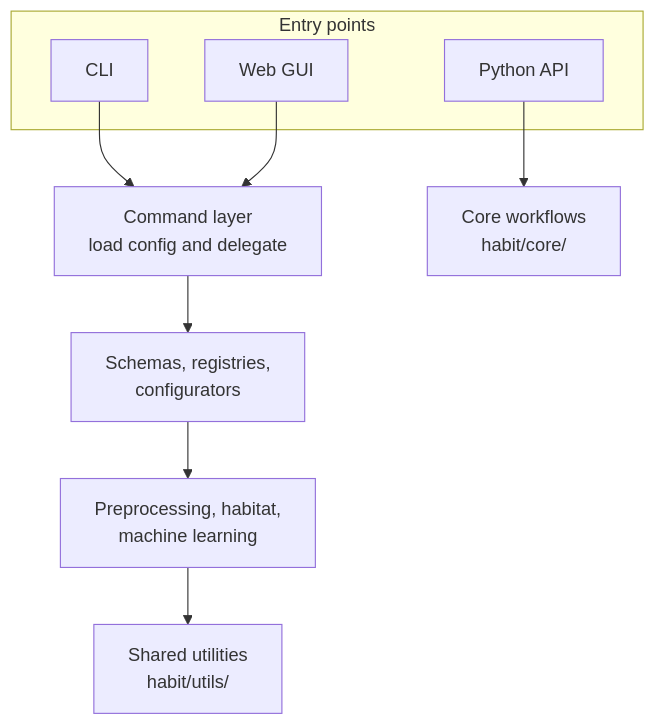
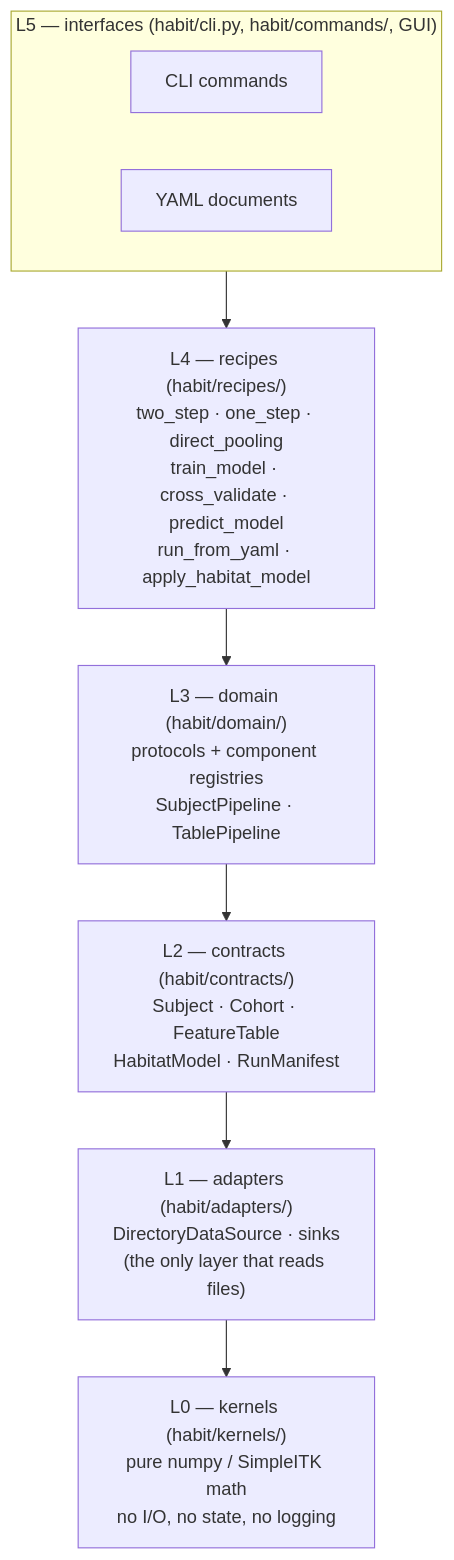
The first of 3 diagrams in docs/source/development/architecture.rst (lichao312214129/HABIT), drawn with Mermaid before and after one commit. The commit also changed other lines of this file and 13 other files, not shown here.

```diff
--- a/docs/source/development/architecture.rst
+++ b/docs/source/development/architecture.rst
@@ -25,19 +29,18 @@
 .. mermaid::
 
    flowchart TD
-     subgraph Entry["Entry points"]
-       CLI["CLI"]
-       PY["Python API"]
-       GUI["Web GUI"]
+     subgraph L5["L5 — interfaces (habit/cli.py, habit/commands/, GUI)"]
+       CLI["CLI commands"]
+       YAML["YAML documents"]
      end
-     CMD["Command layer<br/>load config and delegate"]
-     CORE["Core workflows<br/>habit/core/"]
-     INFRA["Schemas, registries,<br/>configurators"]
-     DOMAIN["Preprocessing, habitat,<br/>machine learning"]
-     UTIL["Shared utilities<br/>habit/utils/"]
-     CLI --> CMD
-     GUI --> CMD
-     PY --> CORE
-     CMD --> INFRA
-     INFRA --> DOMAIN
-     DOMAIN --> UTIL
+     L4["L4 — recipes (habit/recipes/)<br/>two_step · one_step · direct_pooling<br/>train_model · cross_validate · predict_model<br/>run_from_yaml · apply_habitat_model"]
+     L3["L3 — domain (habit/domain/)<br/>protocols + component registries<br/>SubjectPipeline · TablePipeline"]
+     L2["L2 — contracts (habit/contracts/)<br/>Subject · Cohort · FeatureTable<br/>HabitatModel · RunManifest"]
+     L1["L1 — adapters (habit/adapters/)<br/>DirectoryDataSource · sinks<br/>(the only layer that reads files)"]
+     L0["L0 — kernels (habit/kernels/)<br/>pure numpy / SimpleITK math<br/>no I/O, no state, no logging"]
+
+     L5 --> L4
+     L4 --> L3
+     L3 --> L2
+     L2 --> L1
+     L1 --> L0
```
